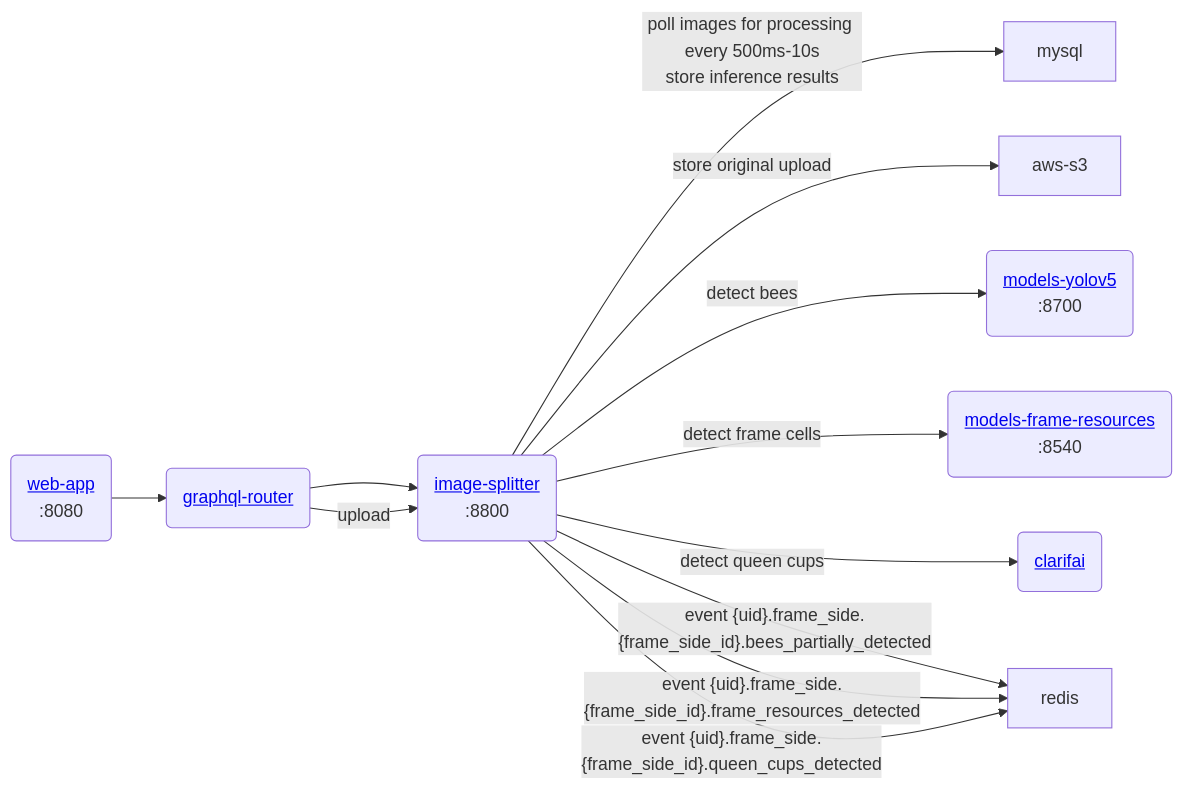
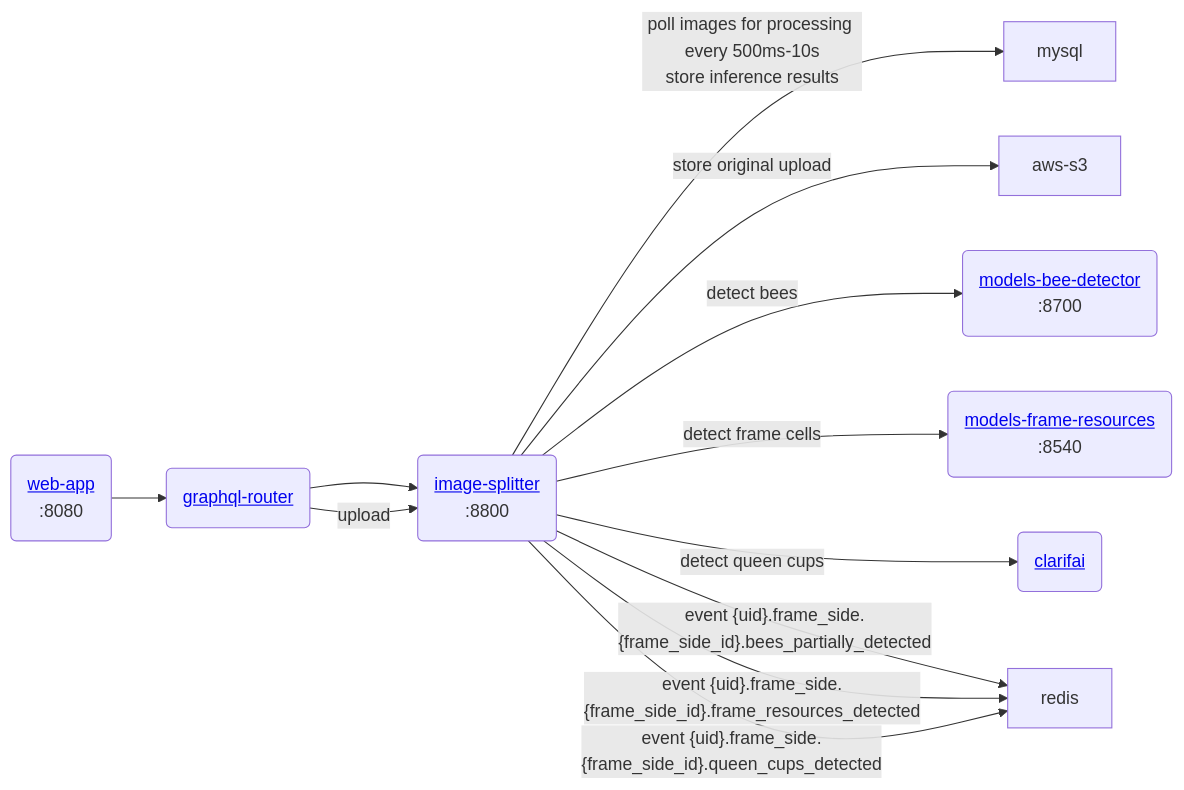
The diagram in README.md (Gratheon/image-splitter), drawn with Mermaid before and after one commit.

Commit message:
minor rename

````diff
--- a/README.md
+++ b/README.md
@@ -10,12 +10,12 @@
 ```mermaid
 flowchart LR
     web-app("<a href='https://github.com/Gratheon/web-app'>web-app</a>\n:8080") --> graphql-router("<a href='https://github.com/Gratheon/graphql-router'>graphql-router</a>") --> image-splitter("<a href='https://github.com/Gratheon/image-splitter'>image-splitter</a>\n:8800") --"poll images for processing every 500ms-10s\nstore inference results"--> mysql
     graphql-router --upload--> image-splitter --"store original upload"--> aws-s3
-	image-splitter --"detect bees"--> models-yolov5("<a href='https://github.com/Gratheon/models-yolov5'>models-yolov5</a>\n:8700")
+	image-splitter --"detect bees"--> models-bee-detector("<a href='https://github.com/Gratheon/models-bee-detector'>models-bee-detector</a>\n:8700")
 	image-splitter --"detect frame cells"--> models-frame-resources("<a href='https://github.com/Gratheon/models-frame-resources'>models-frame-resources</a>\n:8540")
 	image-splitter --"detect queen cups"--> clarifai("<a href='https://clarifai.com'>clarifai</a>")
 
 	image-splitter --"event {uid}.frame_side.{frame_side_id}.bees_partially_detected"--> redis
     image-splitter --"event {uid}.frame_side.{frame_side_id}.frame_resources_detected"--> redis
     image-splitter --"event {uid}.frame_side.{frame_side_id}.queen_cups_detected"--> redis
 ```
````
